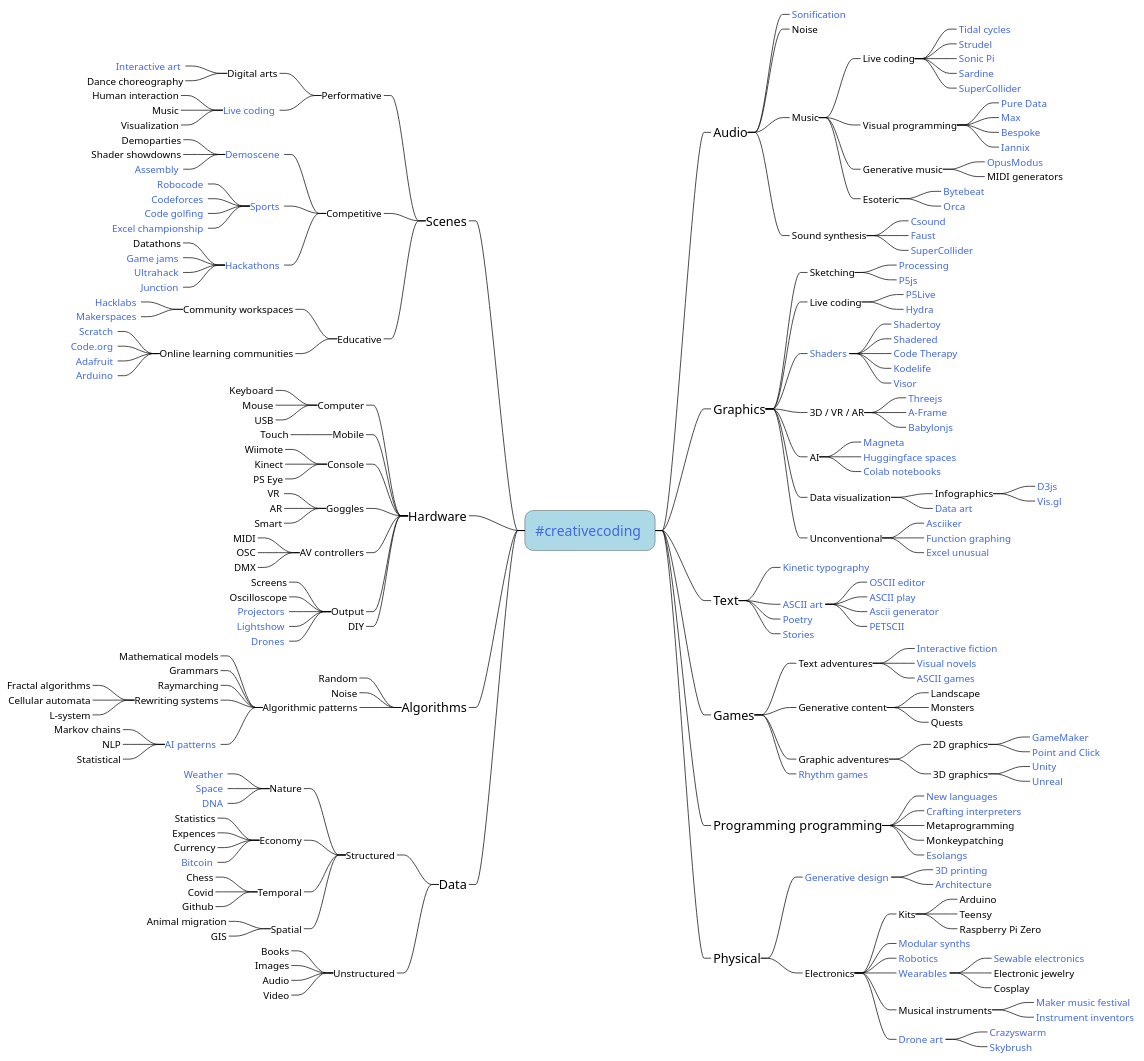
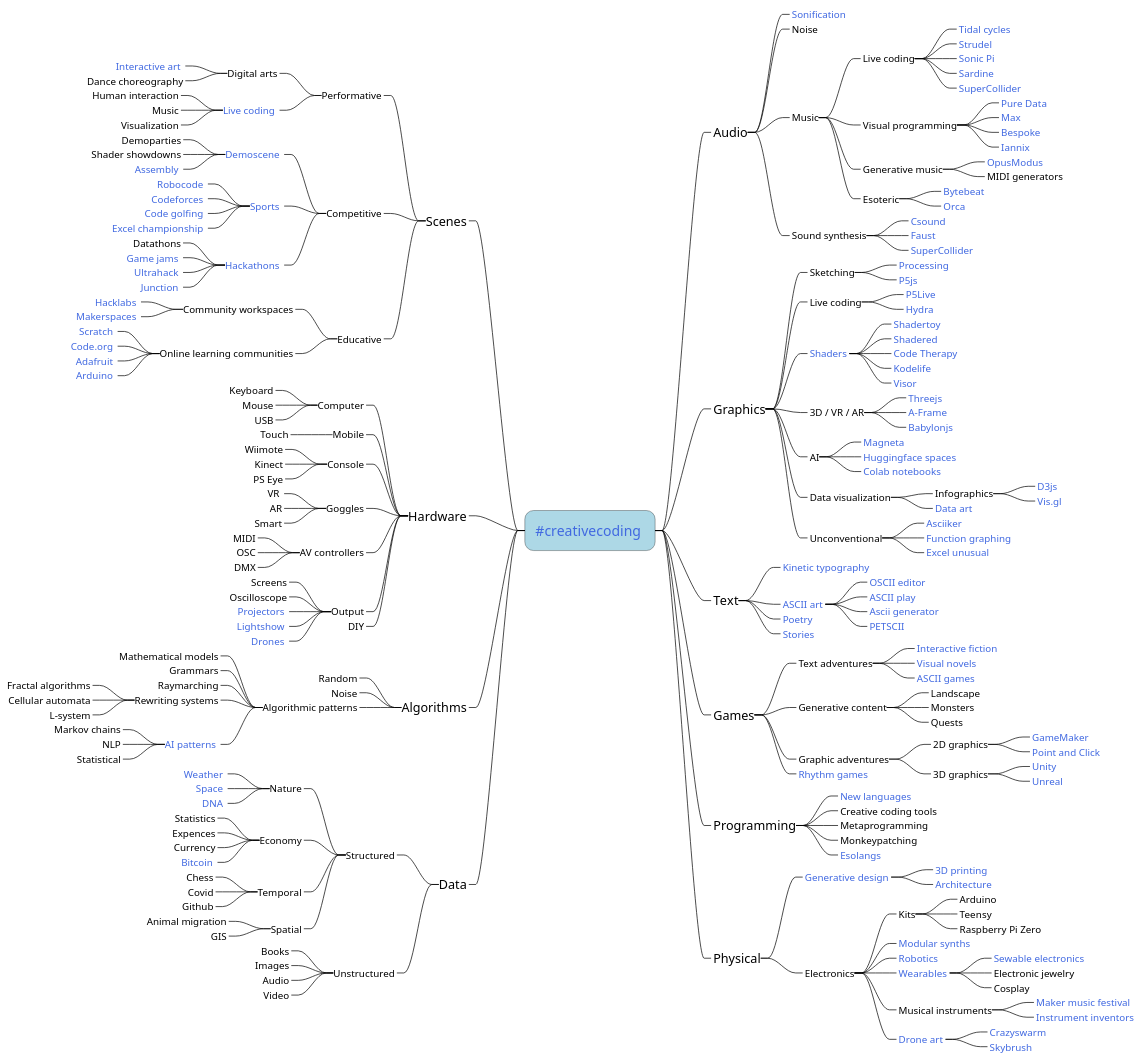
Before and after one commit to amiika/creativecodingmindmap: the diagram in mindmap.plantuml, drawn with PlantUML. The commit also changed 2 other files, not shown here.

```diff
--- a/mindmap.plantuml
+++ b/mindmap.plantuml
@@ -133,9 +133,9 @@
 *****_ [[https://www.unrealengine.com/en-US Unreal]] <<link>>
 ***_ [[https://github.com/topics/rhythm-game Rhythm games]] <<link>>
 
-**_ Programming programming
+**_ Programming
 ***_ [[https://eloquentjavascript.net/12_language.html New languages]] <<link>>
-***_ [[http://craftinginterpreters.com/ Crafting interpreters]] <<link>>
+***_ Creative coding tools
 ***_ Metaprogramming
 ***_ Monkeypatching
 ***_ [[https://esolangs.org/wiki/Main_Page Esolangs]] <<link>>
```
